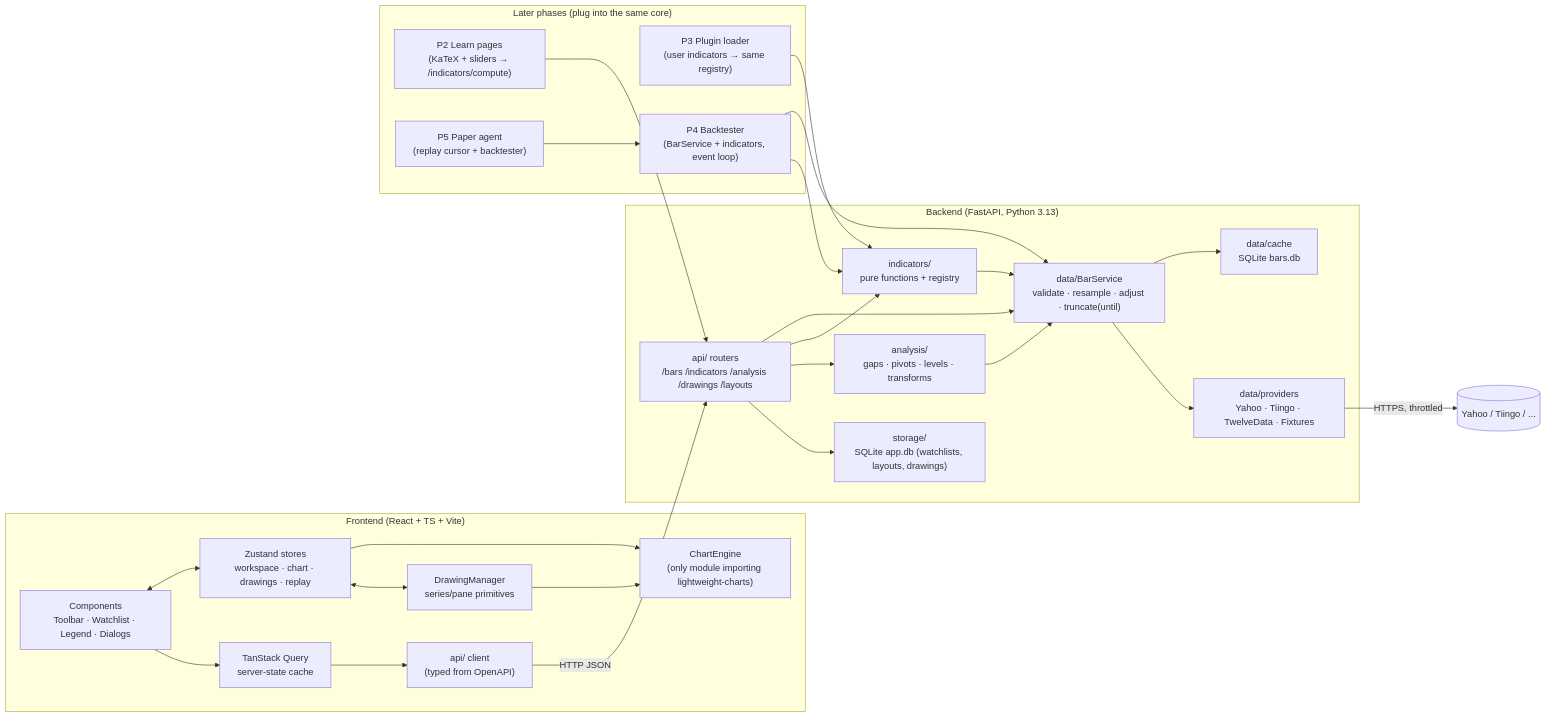
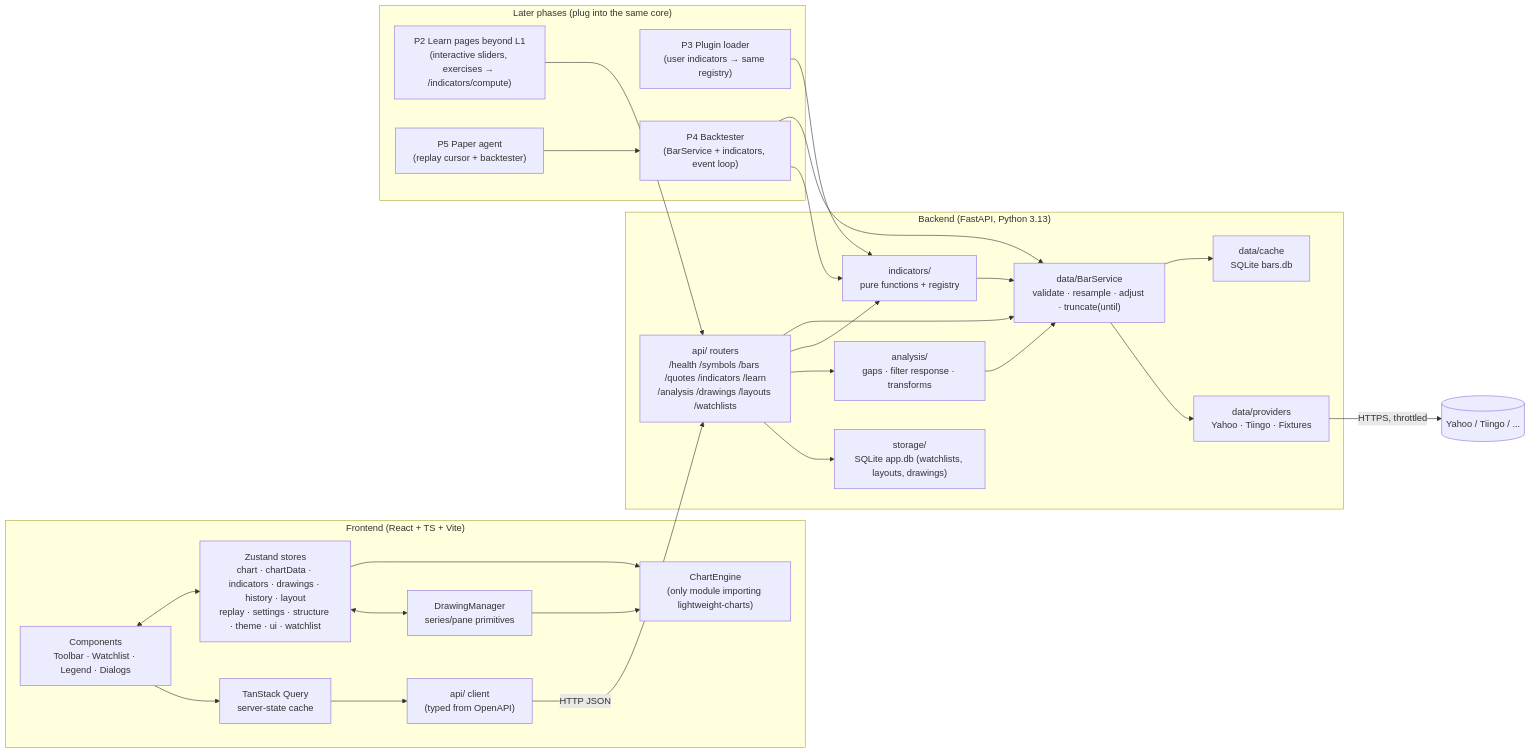
The first of 2 diagrams in docs/ARCHITECTURE.md (tamirgabgab/trade-nig-view), drawn with Mermaid before and after one commit. The commit also changed other lines of this file and 8 other files, not shown here.

First line of the commit message:
docs(review): align ARCHITECTURE, README, ROADMAP and ADRs with the code at the end of Phase 1

````diff
--- a/docs/ARCHITECTURE.md
+++ b/docs/ARCHITECTURE.md
@@ -18,48 +18,48 @@
 ```mermaid
 flowchart LR
   subgraph Browser["Frontend (React + TS + Vite)"]
     UI["Components<br/>Toolbar · Watchlist · Legend · Dialogs"]
-    Store["Zustand stores<br/>workspace · chart · drawings · replay"]
+    Store["Zustand stores<br/>chart · chartData · indicators · drawings · history · layout<br/>replay · settings · structure · theme · ui · watchlist"]
     Query["TanStack Query<br/>server-state cache"]
     Engine["ChartEngine<br/>(only module importing lightweight-charts)"]
     Draw["DrawingManager<br/>series/pane primitives"]
     API["api/ client<br/>(typed from OpenAPI)"]
     UI <--> Store
     UI --> Query --> API
     Store --> Engine
     Draw --> Engine
     Store <--> Draw
   end
 
   subgraph Backend["Backend (FastAPI, Python 3.13)"]
-    Routes["api/ routers<br/>/bars /indicators /analysis /drawings /layouts"]
+    Routes["api/ routers<br/>/health /symbols /bars /quotes /indicators /learn<br/>/analysis /drawings /layouts /watchlists"]
     BarSvc["data/BarService<br/>validate · resample · adjust · truncate(until)"]
     Cache["data/cache<br/>SQLite bars.db"]
-    Prov["data/providers<br/>Yahoo · Tiingo · TwelveData · Fixtures"]
+    Prov["data/providers<br/>Yahoo · Tiingo · Fixtures"]
     Ind["indicators/<br/>pure functions + registry"]
-    Ana["analysis/<br/>gaps · pivots · levels · transforms"]
+    Ana["analysis/<br/>gaps · filter response · transforms"]
     Store2["storage/<br/>SQLite app.db (watchlists, layouts, drawings)"]
     Routes --> BarSvc --> Cache
     BarSvc --> Prov
     Routes --> Ind
     Routes --> Ana
     Ind --> BarSvc
     Ana --> BarSvc
     Routes --> Store2
   end
 
   subgraph Future["Later phases (plug into the same core)"]
-    Learn["P2 Learn pages<br/>(KaTeX + sliders → /indicators/compute)"]
+    Learn["P2 Learn pages beyond L1<br/>(interactive sliders, exercises → /indicators/compute)"]
     Plug["P3 Plugin loader<br/>(user indicators → same registry)"]
     BT["P4 Backtester<br/>(BarService + indicators, event loop)"]
     Agent["P5 Paper agent<br/>(replay cursor + backtester)"]
   end
 
   API -->|HTTP JSON| Routes
   Prov -->|HTTPS, throttled| Internet[(Yahoo / Tiingo / ...)]
   Learn --> Routes
   Plug --> Ind
   BT --> BarSvc
   BT --> Ind
   Agent --> BT
 ```
````
